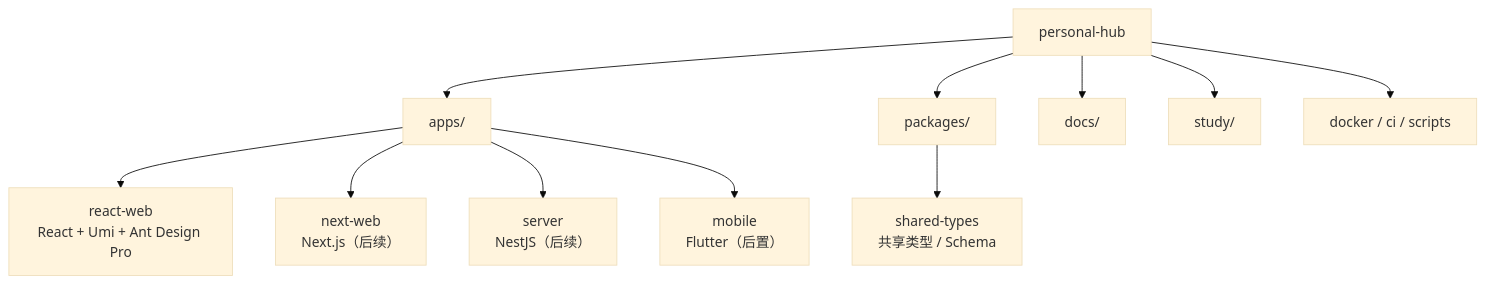
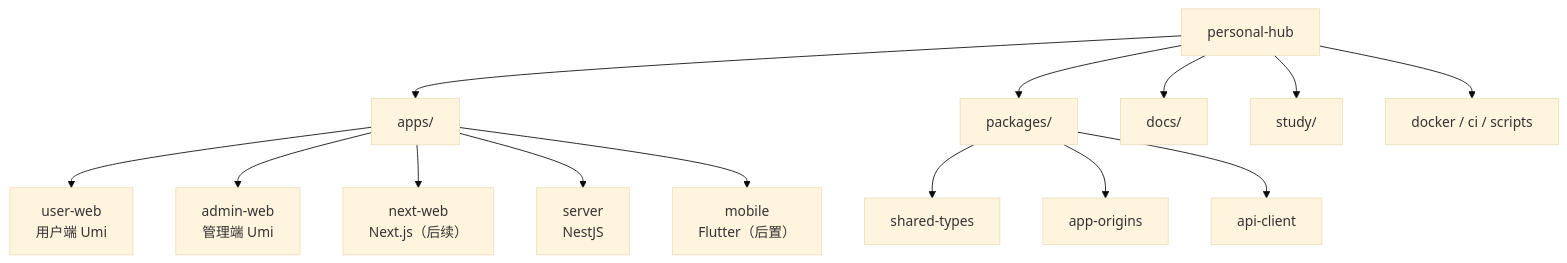
Before and after one commit to orangejava/personal-hub: the second of 10 diagrams in docs/foundation/architecture.md, drawn with Mermaid (base theme). The commit also changed other lines of this file and 728 other files, not shown here.

````diff
--- a/docs/foundation/architecture.md
+++ b/docs/foundation/architecture.md
@@ -48,16 +50,19 @@
 ```mermaid
 flowchart TD
     Root["personal-hub"]
     Root --> Apps["apps/"]
     Root --> Packages["packages/"]
     Root --> Docs["docs/"]
     Root --> Study["study/"]
     Root --> Infra["docker / ci / scripts"]
 
-    Apps --> ReactWeb["react-web<br/>React + Umi + Ant Design Pro"]
+    Apps --> ReactWeb["user-web<br/>用户端 Umi"]
+    Apps --> AdminWeb["admin-web<br/>管理端 Umi"]
     Apps --> NextWeb["next-web<br/>Next.js（后续）"]
-    Apps --> Server["server<br/>NestJS（后续）"]
+    Apps --> Server["server<br/>NestJS"]
     Apps --> Mobile["mobile<br/>Flutter（后置）"]
 
-    Packages --> SharedTypes["shared-types<br/>共享类型 / Schema"]
+    Packages --> SharedTypes["shared-types"]
+    Packages --> AppOrigins["app-origins"]
+    Packages --> ApiClient["api-client"]
 ```
````
